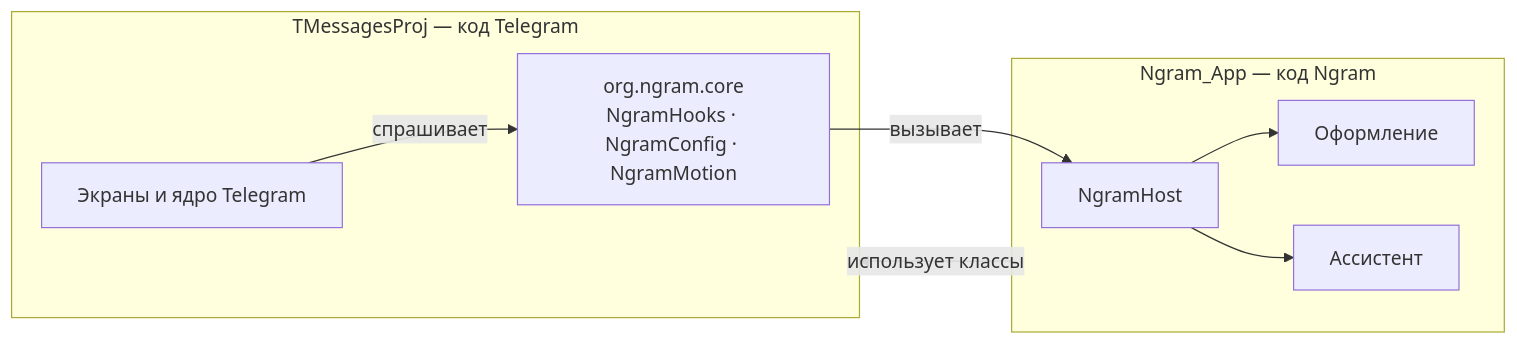
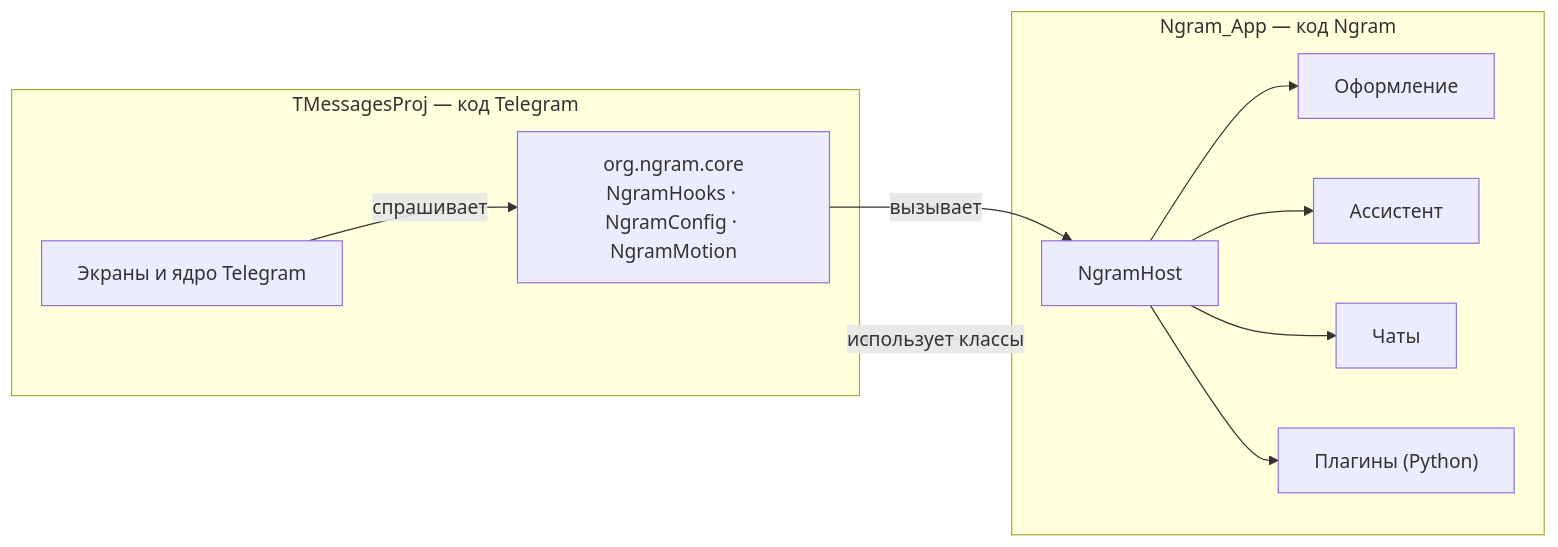
The diagram in README.md (Neizvestnyi22/Ngram), drawn with Mermaid before and after one commit. The commit also changed other lines of this file and 16 other files, not shown here.

````diff
--- a/README.md
+++ b/README.md
@@ -90,17 +159,21 @@
 ```mermaid
 flowchart LR
     subgraph T["TMessagesProj — код Telegram"]
         TG["Экраны и ядро Telegram"]
         CORE["org.ngram.core<br/>NgramHooks · NgramConfig · NgramMotion"]
         TG -- "спрашивает" --> CORE
     end
     subgraph N["Ngram_App — код Ngram"]
         HOST["NgramHost"]
         LOOK["Оформление"]
         AI["Ассистент"]
+        CHATS["Чаты"]
+        PLUG["Плагины (Python)"]
         HOST --> LOOK
+        HOST --> CHATS
         HOST --> AI
+        HOST --> PLUG
     end
     CORE -- "вызывает" --> HOST
     N -- "использует классы" --> T
 ```
````
